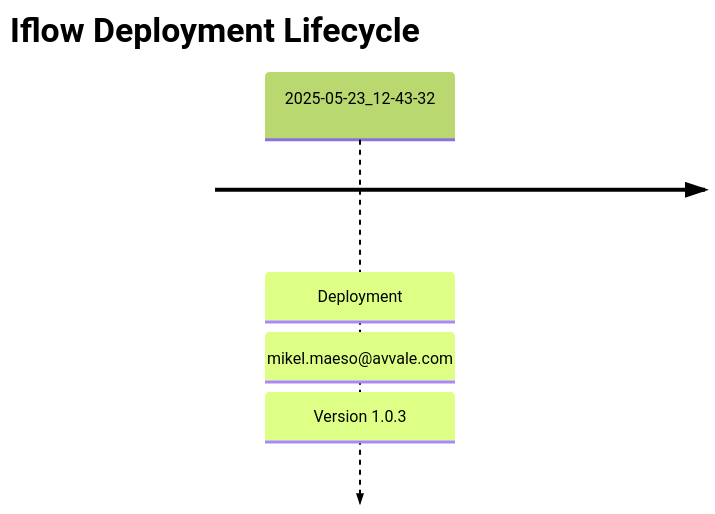
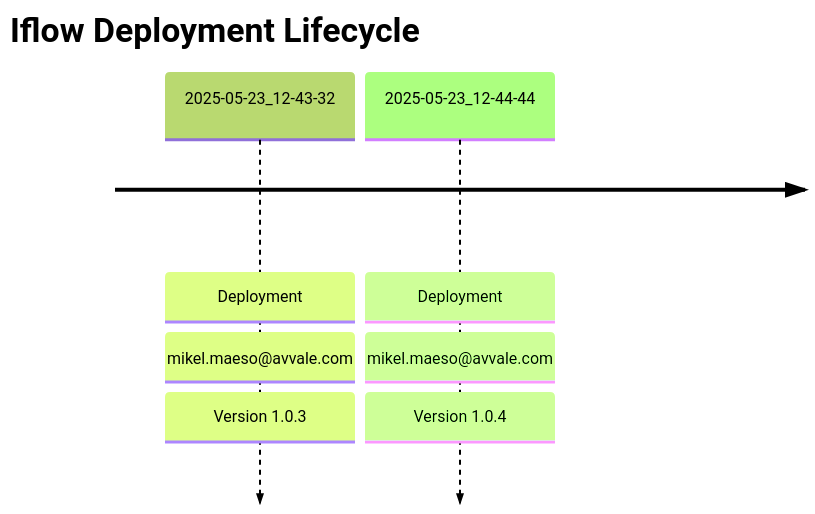
One commit to Avvale-IA-CICD/AvvaleCPI changed the diagram in MMZ - Cell Iflows/Check_Connectivity_from_SAP_Business_Suite_MMZ/README.md. Above: the diagram before and after it, drawn with Mermaid. The commit also changed other lines of this file, not shown here.

Commit message:
docs: Update master README for MMZ - Cell Iflows/Check_Connectivity_from_SAP_Business_Suite_MMZ (v 1.0.4)

````diff
--- a/MMZ - Cell Iflows/Check_Connectivity_from_SAP_Business_Suite_MMZ/README.md
+++ b/MMZ - Cell Iflows/Check_Connectivity_from_SAP_Business_Suite_MMZ/README.md
@@ -7,6 +7,7 @@
 ```mermaid
 %%{init: { 'logLevel': 'debug', 'theme': 'forest' } }%%
 timeline
     title Iflow Deployment Lifecycle
     2025-05-23_12-43-32 : Deployment : mikel.maeso@avvale.com : Version 1.0.3
+    2025-05-23_12-44-44 : Deployment : mikel.maeso@avvale.com : Version 1.0.4
 ```
````
